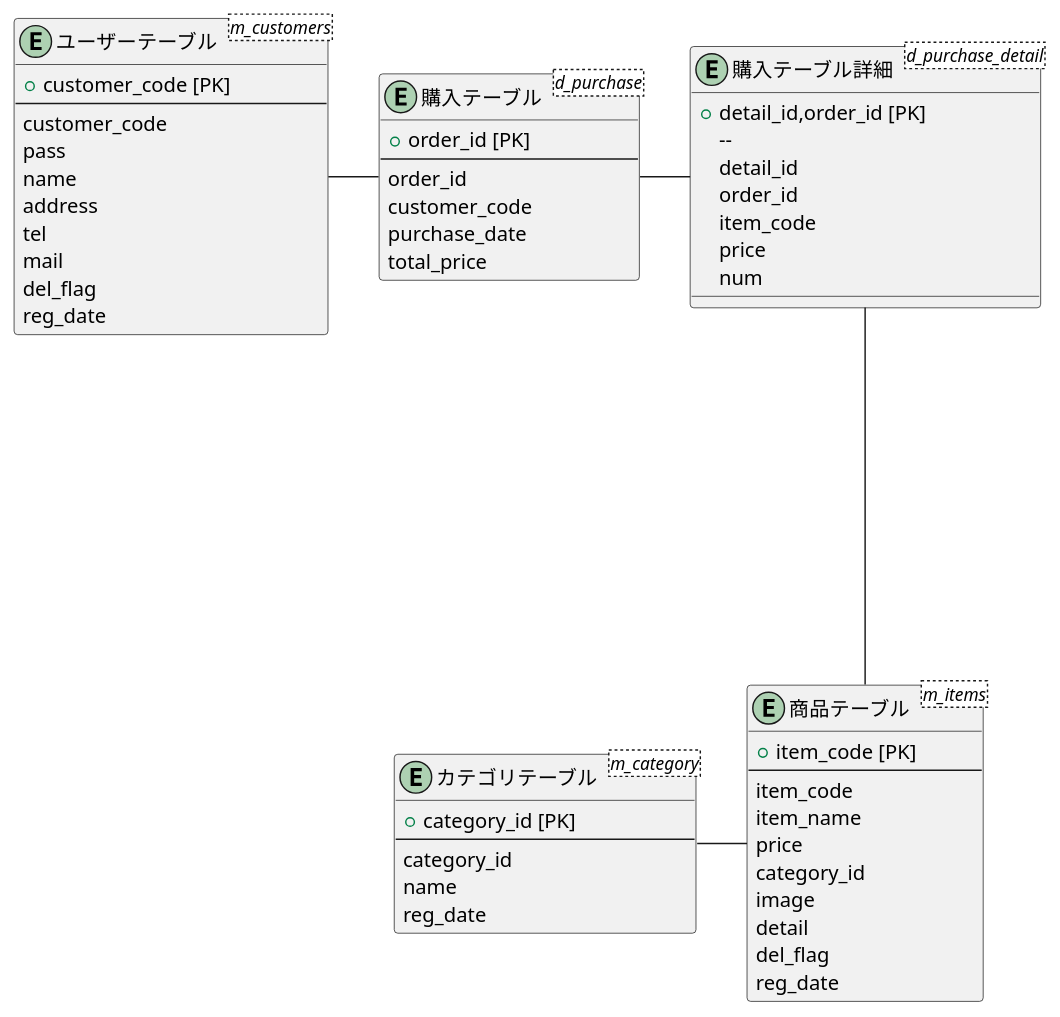
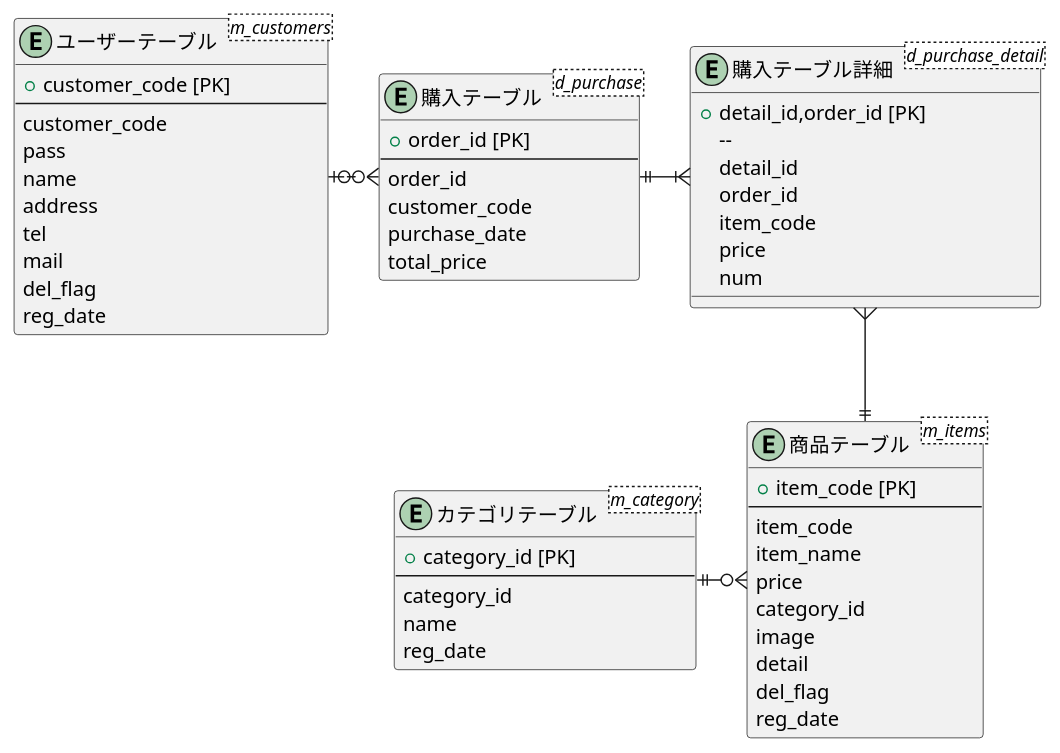
The diagram in SaER.md (Aso2001137/2021sys-design), drawn with PlantUML before and after one commit.

````diff
--- a/SaER.md
+++ b/SaER.md
@@ -1,61 +1,61 @@
 ```uml
 @startuml
 entity "購入テーブル" as purchase <d_purchase> {
   + order_id [PK]
   --
   order_id
   customer_code
   purchase_date
   total_price
 }
 
 entity "購入テーブル詳細" as  purchase_detail <d_purchase_detail> {
 + detail_id,order_id [PK]
   --
   detail_id
   order_id
   item_code
   price
   num
 }
 
 entity "ユーザーテーブル" as  customer <m_customers>{
   + customer_code [PK]
   --
   customer_code
   pass
   name
   address
   tel
   mail
   del_flag
   reg_date
 }
 
 entity "カテゴリテーブル" as  category <m_category>{
   + category_id [PK]
   --
   category_id 
   name
   reg_date
 }
 
 entity "商品テーブル" as  items <m_items>{
   + item_code [PK]
   --
   item_code
   item_name
   price
   category_id
   image
   detail
   del_flag
   reg_date
 }
 
-customer ---ri-- purchase
-purchase ---ri-- purchase_detail
-purchase_detail --do--- items
-items ---le-- category
+customer |o-ri-o{ purchase
+purchase ||-ri-|{ purchase_detail
+purchase_detail }-do-|| items
+items }o-le-|| category
 @enduml
 ```
````
